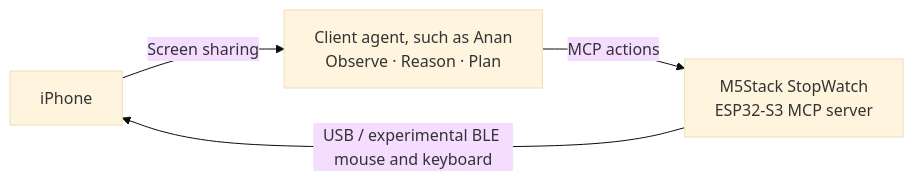
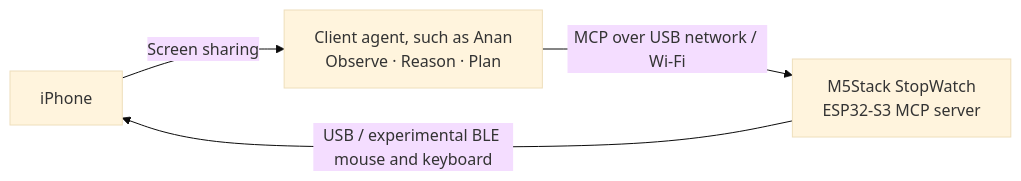
Before and after one commit to ananhq/anan-iphone-use: the diagram in README.md, drawn with Mermaid (base theme). The commit also changed other lines of this file and 11 other files, not shown here.

````diff
--- a/README.md
+++ b/README.md
@@ -56,6 +59,6 @@
 ```mermaid
 flowchart LR
     Phone["iPhone"] -->|"Screen sharing"| Agent["Client agent, such as Anan<br/>Observe · Reason · Plan"]
-    Agent -->|"MCP actions"| Device["M5Stack StopWatch<br/>ESP32-S3 MCP server"]
+    Agent -->|"MCP over USB network / Wi-Fi"| Device["M5Stack StopWatch<br/>ESP32-S3 MCP server"]
     Device -->|"USB / experimental BLE mouse and keyboard"| Phone
 ```
````
